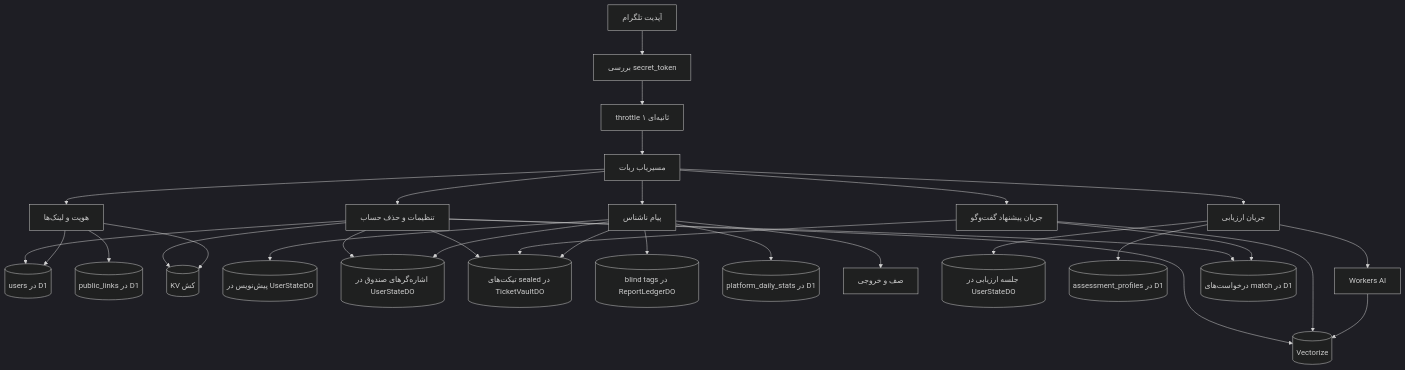
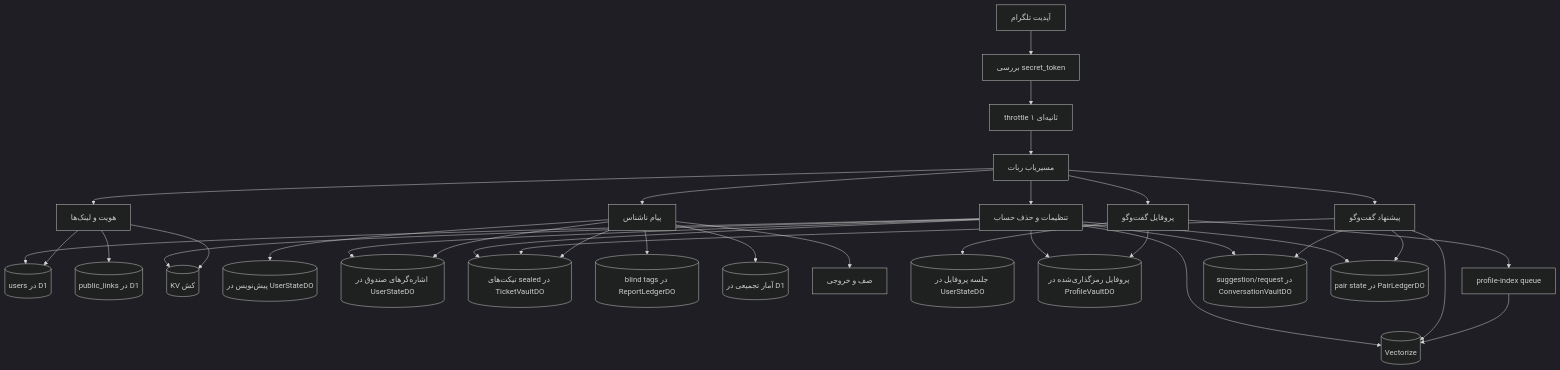
One commit to mohetios/mohetios.dev changed the seventh of 10 diagrams in content/fa/lab/nekonymous-anonymous-messaging-technical-lab.md. Above: the diagram before and after it, drawn with Mermaid (dark theme). The commit also changed other lines of this file and 1 other file, not shown here.

First line of the commit message:
docs(fa): align Nekonymous lab and blog with Conversation Suggestions V2

````diff
--- a/content/fa/lab/nekonymous-anonymous-messaging-technical-lab.md
+++ b/content/fa/lab/nekonymous-anonymous-messaging-technical-lab.md
@@ -374,39 +395,42 @@
 ```mermaid
 flowchart TD
   TG[آپدیت تلگرام] --> Guard[بررسی secret_token]
   Guard --> Rate[throttle ۱ ثانیه‌ای]
   Rate --> Router[مسیریاب ربات]
 
   Router --> Identity[هویت و لینک‌ها]
   Router --> Messaging[پیام ناشناس]
-  Router --> AssessmentFlow[جریان ارزیابی]
-  Router --> MatchingFlow[جریان پیشنهاد گفت‌وگو]
+  Router --> ProfileFlow[پروفایل گفت‌وگو]
+  Router --> SuggestionsFlow[پیشنهاد گفت‌وگو]
   Router --> Settings[تنظیمات و حذف حساب]
 
   Identity --> Users[(users در D1)]
   Identity --> Links[(public_links در D1)]
   Identity --> KV[(KV کش)]
 
   Messaging --> Drafts[(پیش‌نویس در UserStateDO)]
   Messaging --> Pointers[(اشاره‌گرهای صندوق در UserStateDO)]
   Messaging --> Vault[(تیکت‌های sealed در TicketVaultDO)]
   Messaging --> Reports[(blind tags در ReportLedgerDO)]
-  Messaging --> Stats[(platform_daily_stats در D1)]
+  Messaging --> Stats[(آمار تجمیعی در D1)]
   Messaging --> Outbox[صف و خروجی]
 
-  AssessmentFlow --> Session[(جلسه ارزیابی در UserStateDO)]
-  AssessmentFlow --> Profiles[(assessment_profiles در D1)]
-  AssessmentFlow --> AI[Workers AI]
-  AI --> Vectors[(Vectorize)]
+  ProfileFlow --> Session[(جلسه پروفایل در UserStateDO)]
+  ProfileFlow --> Profiles[(پروفایل رمزگذاری‌شده در ProfileVaultDO)]
+  ProfileFlow --> ProfileQueue[profile-index queue]
+  ProfileQueue --> Vectors[(Vectorize)]
 
-  MatchingFlow --> MatchRows[(درخواست‌های match در D1)]
-  MatchingFlow --> Vectors
-  MatchingFlow --> Vault
+  SuggestionsFlow --> ConvVault[(suggestion/request در ConversationVaultDO)]
+  SuggestionsFlow --> PairState[(pair state در PairLedgerDO)]
+  SuggestionsFlow --> Vectors
+  SuggestionsFlow --> Vault
 
   Settings --> Users
   Settings --> Pointers
   Settings --> Vault
-  Settings --> MatchRows
+  Settings --> Profiles
+  Settings --> ConvVault
+  Settings --> PairState
   Settings --> KV
   Settings --> Vectors
 ```
````
